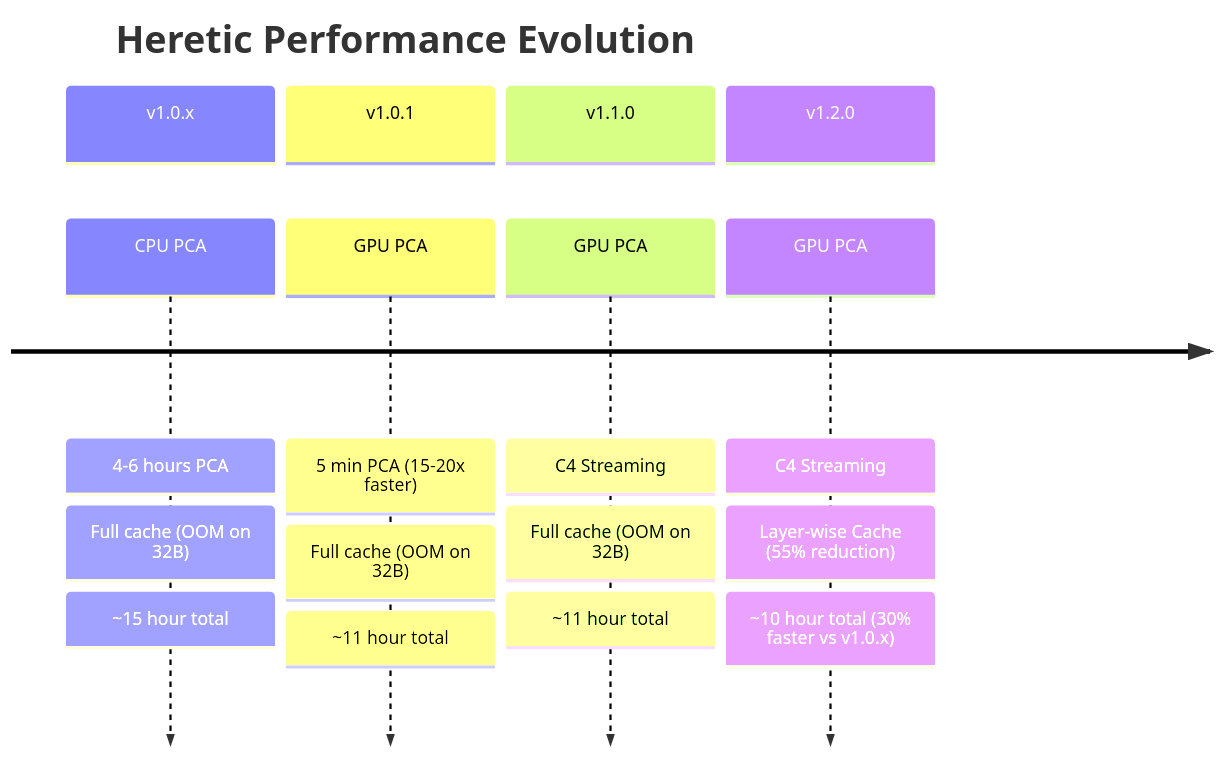
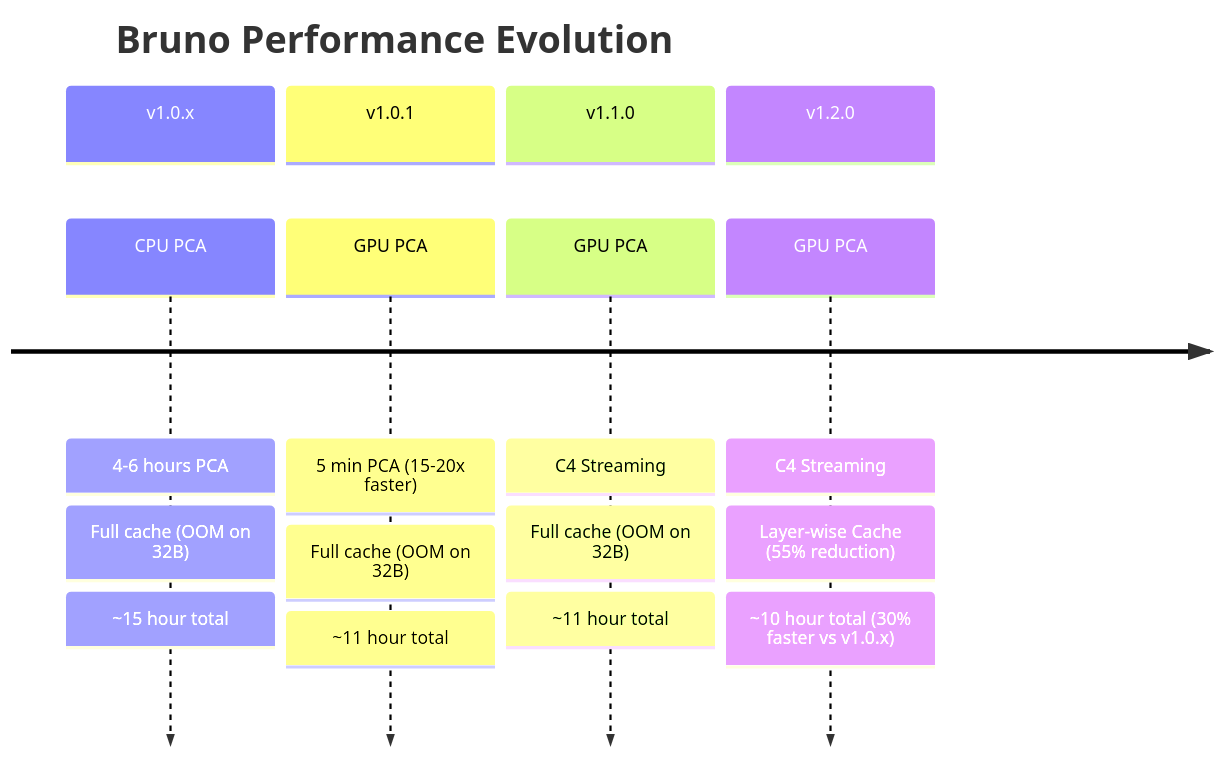
Before and after one commit to quanticsoul4772/abliteration-workflow: diagram 20 of 21 in claudedocs/HERETIC_WORKFLOW_MERMAID.md, drawn with Mermaid. The commit also changed other lines of this file and 27 other files, not shown here.

````diff
--- a/claudedocs/HERETIC_WORKFLOW_MERMAID.md
+++ b/claudedocs/HERETIC_WORKFLOW_MERMAID.md
@@ -841,12 +841,12 @@
 ```mermaid
 timeline
-    title Heretic Performance Evolution
+    title Bruno Performance Evolution
     section v1.0.x
         CPU PCA : 4-6 hours PCA : Full cache (OOM on 32B) : ~15 hour total
     section v1.0.1
         GPU PCA : 5 min PCA (15-20x faster) : Full cache (OOM on 32B) : ~11 hour total
     section v1.1.0
         GPU PCA : C4 Streaming : Full cache (OOM on 32B) : ~11 hour total
     section v1.2.0
         GPU PCA : C4 Streaming : Layer-wise Cache (55% reduction) : ~10 hour total (30% faster vs v1.0.x)
 ```
````
